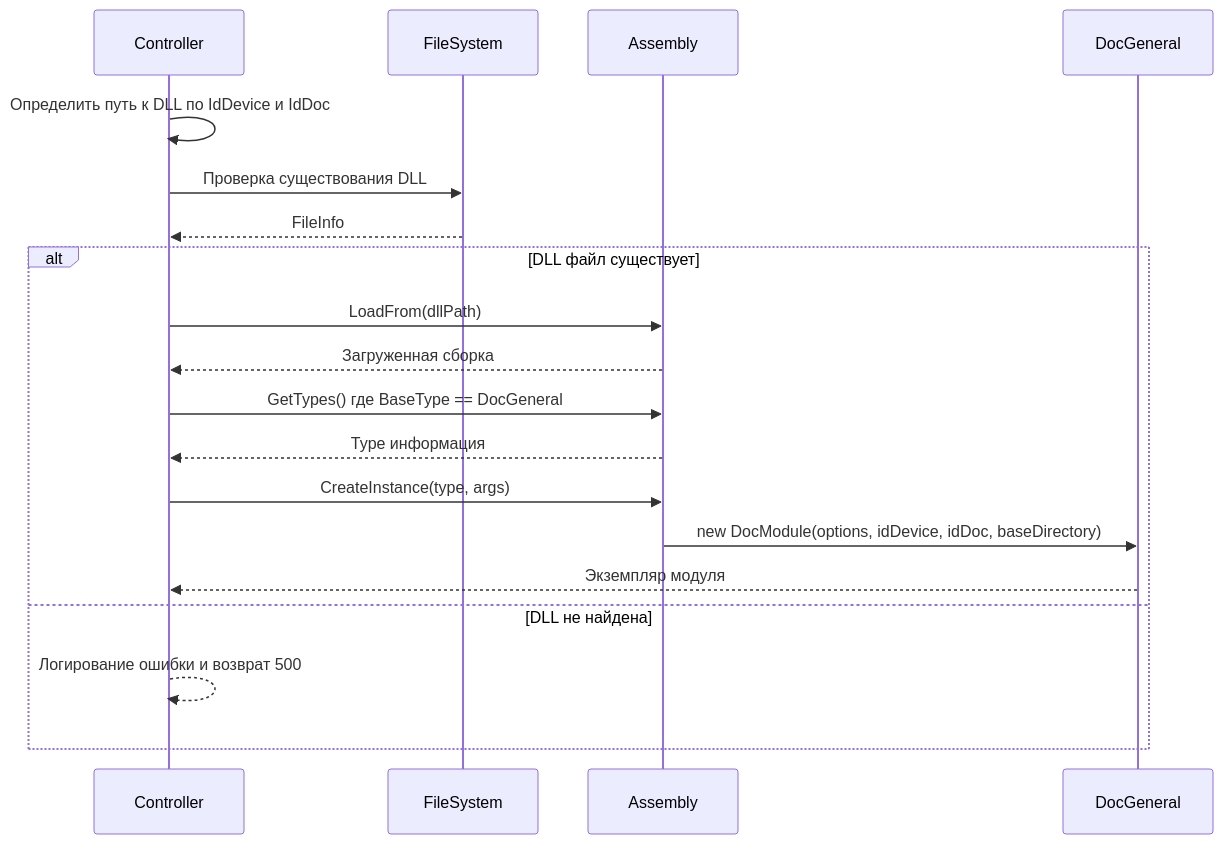
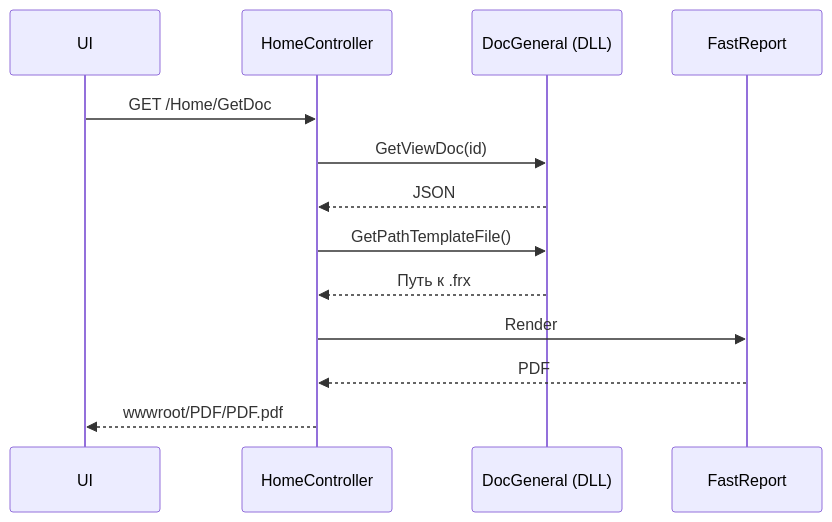
One commit to tn-ivk/tn-doc changed the diagram in docs/architecture/document-modules.md. Above: the diagram before and after it, drawn with Mermaid. The commit also changed other lines of this file and 18 other files, not shown here.

````diff
--- a/docs/architecture/document-modules.md
+++ b/docs/architecture/document-modules.md
@@ -476,23 +42,16 @@
 ```mermaid
 sequenceDiagram
-    participant Controller
-    participant FileSystem
-    participant Assembly
-    participant DocGeneral
+    participant UI
+    participant HomeController
+    participant DocModule as DocGeneral (DLL)
+    participant FastReport
 
-    Controller->>Controller: Определить путь к DLL по IdDevice и IdDoc
-    Controller->>FileSystem: Проверка существования DLL
-    FileSystem-->>Controller: FileInfo
-
-    alt DLL файл существует
-        Controller->>Assembly: LoadFrom(dllPath)
-        Assembly-->>Controller: Загруженная сборка
-        Controller->>Assembly: GetTypes() где BaseType == DocGeneral
-        Assembly-->>Controller: Type информация
-        Controller->>Assembly: CreateInstance(type, args)
-        Assembly->>DocGeneral: new DocModule(options, idDevice, idDoc, baseDirectory)
-        DocGeneral-->>Controller: Экземпляр модуля
-    else DLL не найдена
-        Controller-->>Controller: Логирование ошибки и возврат 500
-    end
+    UI->>HomeController: GET /Home/GetDoc
+    HomeController->>DocModule: GetViewDoc(id)
+    DocModule-->>HomeController: JSON
+    HomeController->>DocModule: GetPathTemplateFile()
+    DocModule-->>HomeController: Путь к .frx
+    HomeController->>FastReport: Render
+    FastReport-->>HomeController: PDF
+    HomeController-->>UI: wwwroot/PDF/PDF.pdf
 ```
````
